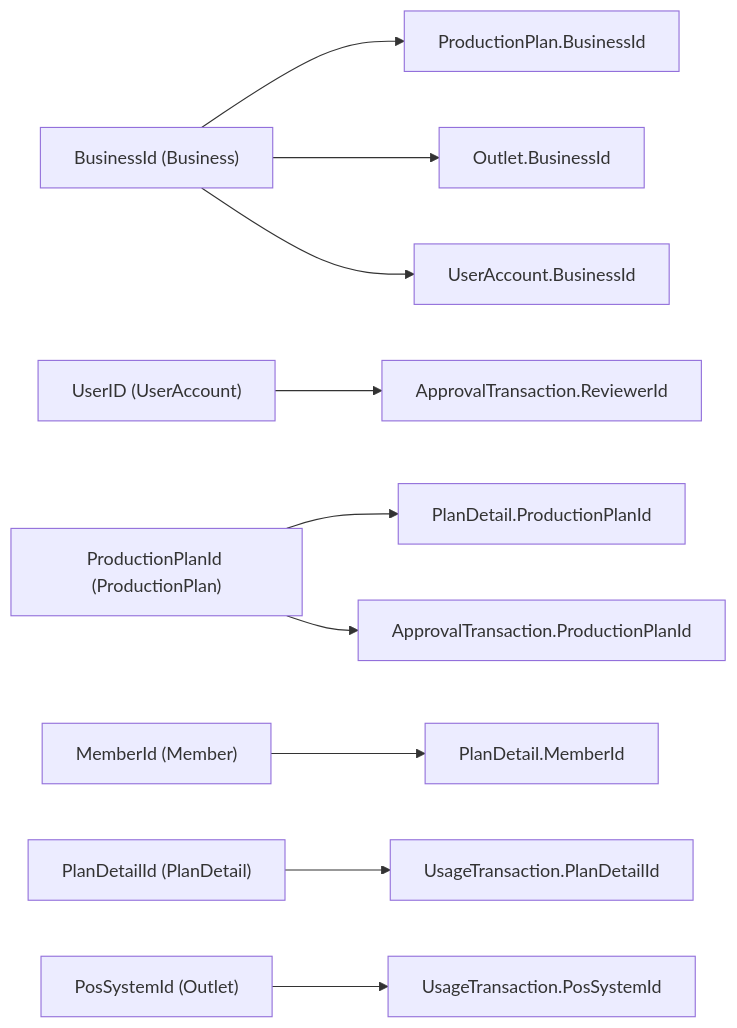
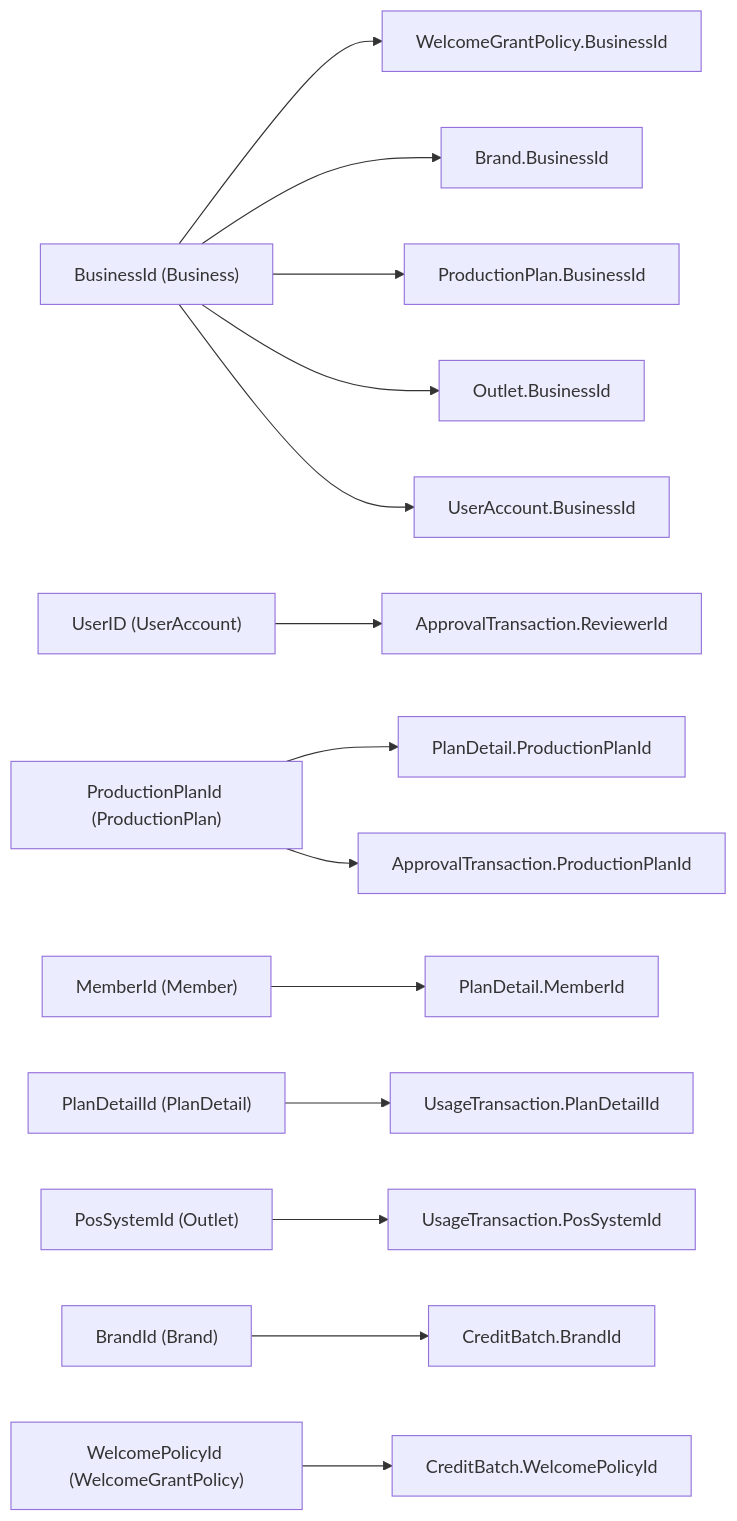
Before and after one commit to lamhongbac/NonCash: the third of 3 diagrams in .qoder/repowiki/en/content/Data Models and Database Design/Core Business Entities.md, drawn with Mermaid. The commit also changed other lines of this file and 28 other files, not shown here.

````diff
--- a/.qoder/repowiki/en/content/Data Models and Database Design/Core Business Entities.md
+++ b/.qoder/repowiki/en/content/Data Models and Database Design/Core Business Entities.md
@@ -669,12 +1112,16 @@
 ```mermaid
 graph LR
-BusinessId["BusinessId (Business)"] --> ProductionPlanBusiness["ProductionPlan.BusinessId"]
+BusinessId["BusinessId (Business)"] --> WelcomePolicyBusiness["WelcomeGrantPolicy.BusinessId"]
+BusinessId --> BrandBusiness["Brand.BusinessId"]
+BusinessId --> ProductionPlanBusiness["ProductionPlan.BusinessId"]
 BusinessId --> OutletBusiness["Outlet.BusinessId"]
 BusinessId --> UserAccountBusiness["UserAccount.BusinessId"]
 UserID["UserID (UserAccount)"] --> ApprovalTransactionReviewer["ApprovalTransaction.ReviewerId"]
 ProductionPlanId["ProductionPlanId (ProductionPlan)"] --> PlanDetailProductionPlan["PlanDetail.ProductionPlanId"]
 ProductionPlanId --> ApprovalTransactionProductionPlan["ApprovalTransaction.ProductionPlanId"]
 MemberId["MemberId (Member)"] --> PlanDetailMember["PlanDetail.MemberId"]
 PlanDetailId["PlanDetailId (PlanDetail)"] --> UsageTransactionPlanDetail["UsageTransaction.PlanDetailId"]
 PosSystemId["PosSystemId (Outlet)"] --> UsageTransactionPosSystem["UsageTransaction.PosSystemId"]
+BrandId["BrandId (Brand)"] --> CreditBatchBrand["CreditBatch.BrandId"]
+WelcomePolicyId["WelcomePolicyId (WelcomeGrantPolicy)"] --> CreditBatchWelcome["CreditBatch.WelcomePolicyId"]
 ```
````
